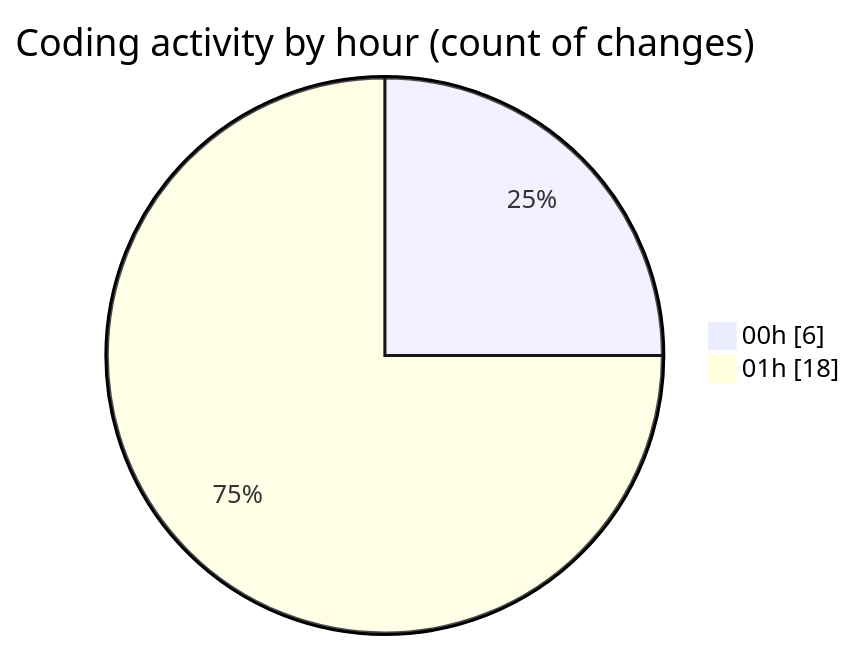
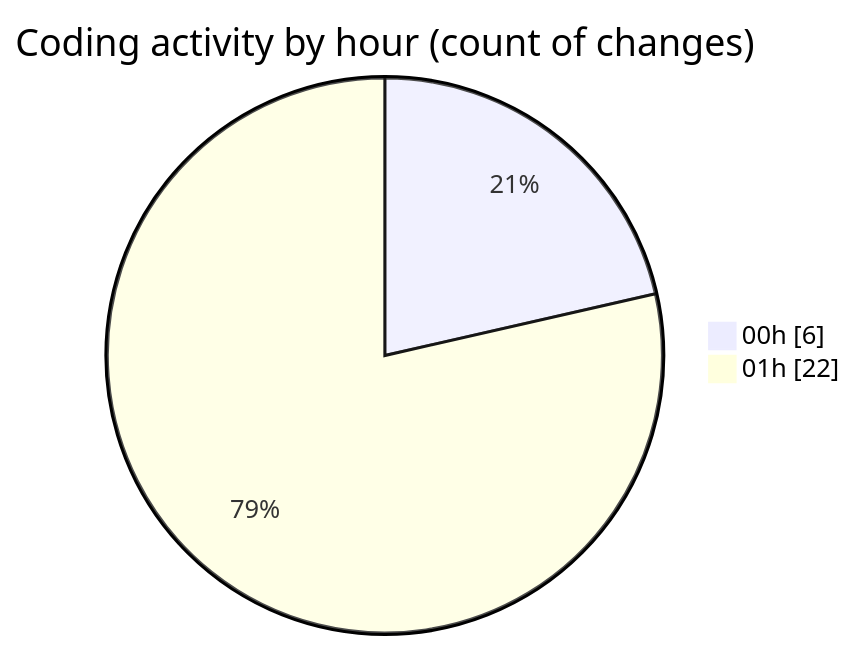
One commit to EIIisD/code-tracking changed the second of 2 diagrams in 2025-07-28/refunds/README.md. Above: the diagram before and after it, drawn with Mermaid. The commit also changed other lines of this file and 1 other file, not shown here.

````diff
--- a/2025-07-28/refunds/README.md
+++ b/2025-07-28/refunds/README.md
@@ -31,6 +31,6 @@
 ```mermaid
 pie showData
 title Coding activity by hour (count of changes)
 "00h" : 6
-"01h" : 18
+"01h" : 22
 ```
````
